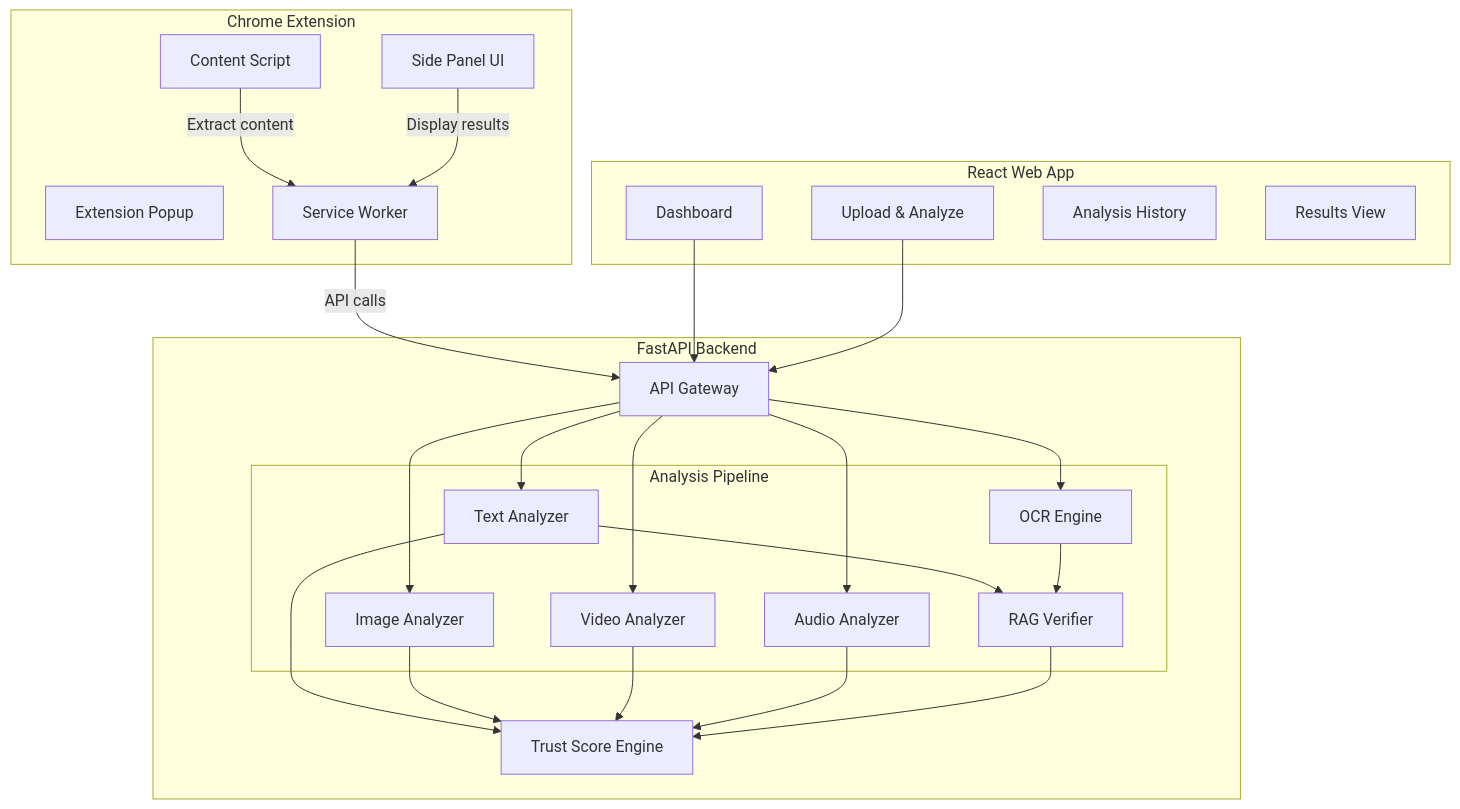
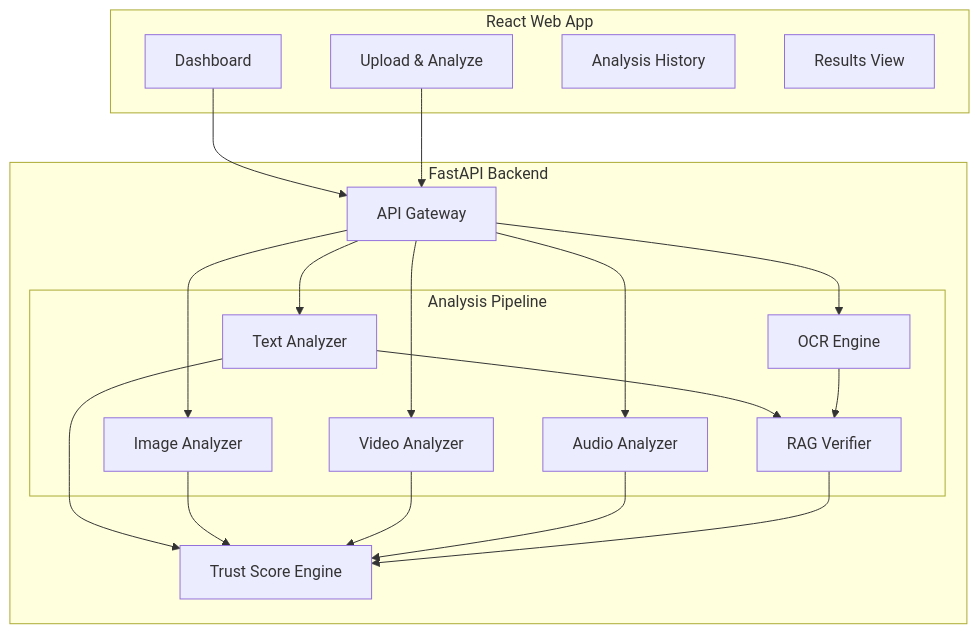
One commit to isaacsee12-bit/simplifynexthackathon changed the diagram in README.md. Above: the diagram before and after it, drawn with Mermaid. The commit also changed other lines of this file and 83 other files, not shown here.

````diff
--- a/README.md
+++ b/README.md
@@ -27,50 +26,39 @@
 ```mermaid
 graph TB
-    subgraph "Chrome Extension"
-        CE_POPUP["Extension Popup"]
-        CE_SIDE["Side Panel UI"]
-        CE_CONTENT["Content Script"]
-        CE_BG["Service Worker"]
-    end
-
     subgraph "React Web App"
         DASH["Dashboard"]
         UPLOAD["Upload & Analyze"]
         HISTORY["Analysis History"]
         RESULTS["Results View"]
     end
 
     subgraph "FastAPI Backend"
         API["API Gateway"]
         subgraph "Analysis Pipeline"
             TEXT["Text Analyzer"]
             IMAGE["Image Analyzer"]
             VIDEO["Video Analyzer"]
             AUDIO["Audio Analyzer"]
             OCR_MOD["OCR Engine"]
             RAG["RAG Verifier"]
         end
         SCORE["Trust Score Engine"]
     end
 
-    CE_CONTENT -->|"Extract content"| CE_BG
-    CE_BG -->|"API calls"| API
-    CE_SIDE -->|"Display results"| CE_BG
-
     DASH --> API
     UPLOAD --> API
 
     API --> TEXT
     API --> IMAGE
     API --> VIDEO
     API --> AUDIO
     API --> OCR_MOD
     TEXT --> RAG
     OCR_MOD --> RAG
 
     TEXT --> SCORE
     IMAGE --> SCORE
     VIDEO --> SCORE
     AUDIO --> SCORE
     RAG --> SCORE
 ```
````
